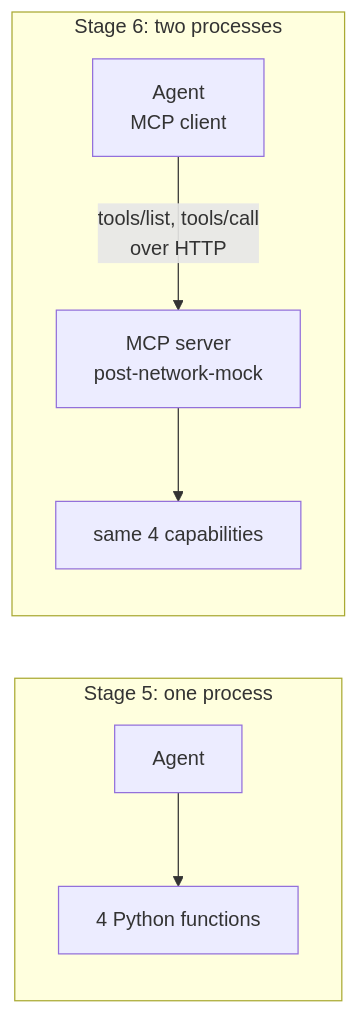
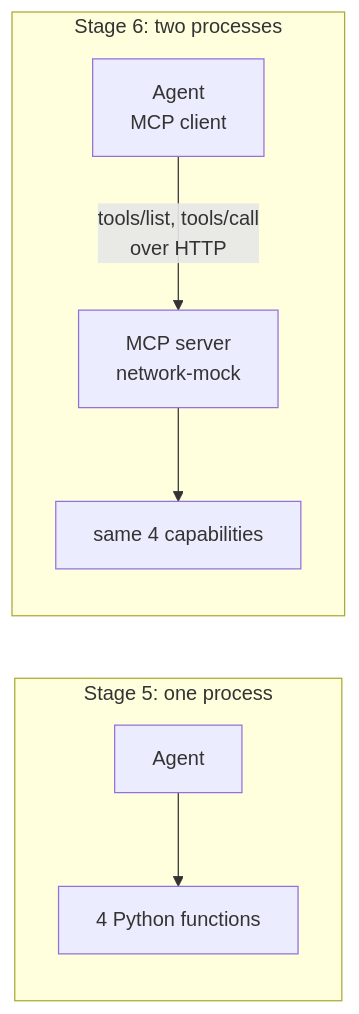
Before and after one commit to jamelachahbar/foundryagents-workshop-supportbuddy: the fifth of 8 diagrams in docs/workshop.md, drawn with Mermaid. The commit also changed other lines of this file and 40 other files, not shown here.

Commit message:
Make the lab generic: no customer name; lab-<alias> prefix, MOCK_MCP_URL, supportbuddy-memory, network-mock

````diff
--- a/docs/workshop.md
+++ b/docs/workshop.md
@@ -639,10 +638,10 @@
 ```mermaid
 flowchart LR
     subgraph Before["Stage 5: one process"]
         A1[Agent] --> F1["4 Python functions"]
     end
     subgraph After["Stage 6: two processes"]
-        A2[Agent<br/>MCP client] -- "tools/list, tools/call<br/>over HTTP" --> S2["MCP server<br/>post-network-mock"]
+        A2[Agent<br/>MCP client] -- "tools/list, tools/call<br/>over HTTP" --> S2["MCP server<br/>network-mock"]
         S2 --> F2["same 4 capabilities"]
     end
 ```
````
